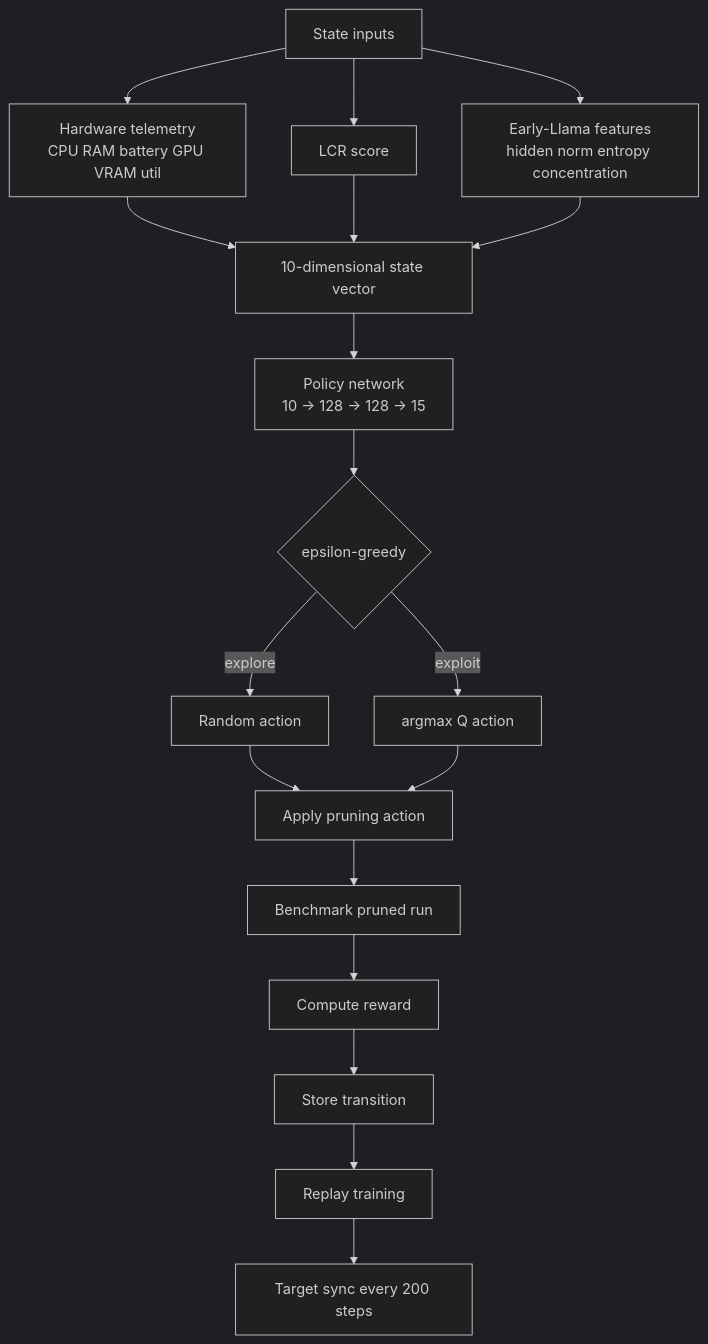
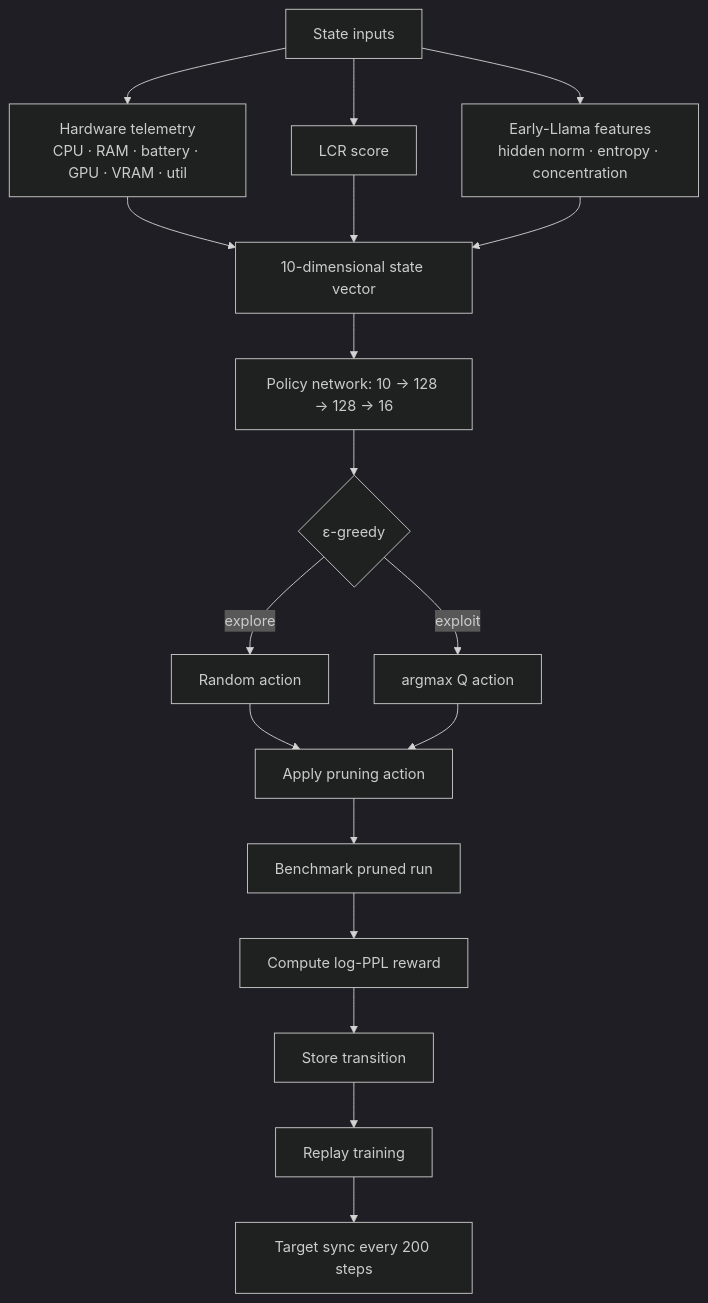
Before and after one commit to asief-iqbal/Thesis: the third of 7 diagrams in README.md, drawn with Mermaid (dark theme). The commit also changed other lines of this file and 122 other files, not shown here.

````diff
--- a/README.md
+++ b/README.md
@@ -249,20 +242,20 @@
 ```mermaid
 flowchart TD
-    A[State inputs] --> B[Hardware telemetry<br/>CPU RAM battery GPU VRAM util]
+    A[State inputs] --> B["Hardware telemetry<br/>CPU · RAM · battery · GPU · VRAM · util"]
     A --> C[LCR score]
-    A --> D[Early-Llama features<br/>hidden norm entropy concentration]
-    B --> E[10-dimensional state vector]
+    A --> D["Early-Llama features<br/>hidden norm · entropy · concentration"]
+    B --> E["10-dimensional state vector"]
     C --> E
     D --> E
-    E --> F[Policy network<br/>10 -> 128 -> 128 -> 15]
-    F --> G{epsilon-greedy}
+    E --> F["Policy network: 10 → 128 → 128 → 16"]
+    F --> G{ε-greedy}
     G -->|explore| H[Random action]
     G -->|exploit| I[argmax Q action]
     H --> J[Apply pruning action]
     I --> J
     J --> K[Benchmark pruned run]
-    K --> L[Compute reward]
+    K --> L[Compute log-PPL reward]
     L --> M[Store transition]
     M --> N[Replay training]
     N --> O[Target sync every 200 steps]
 ```
````
